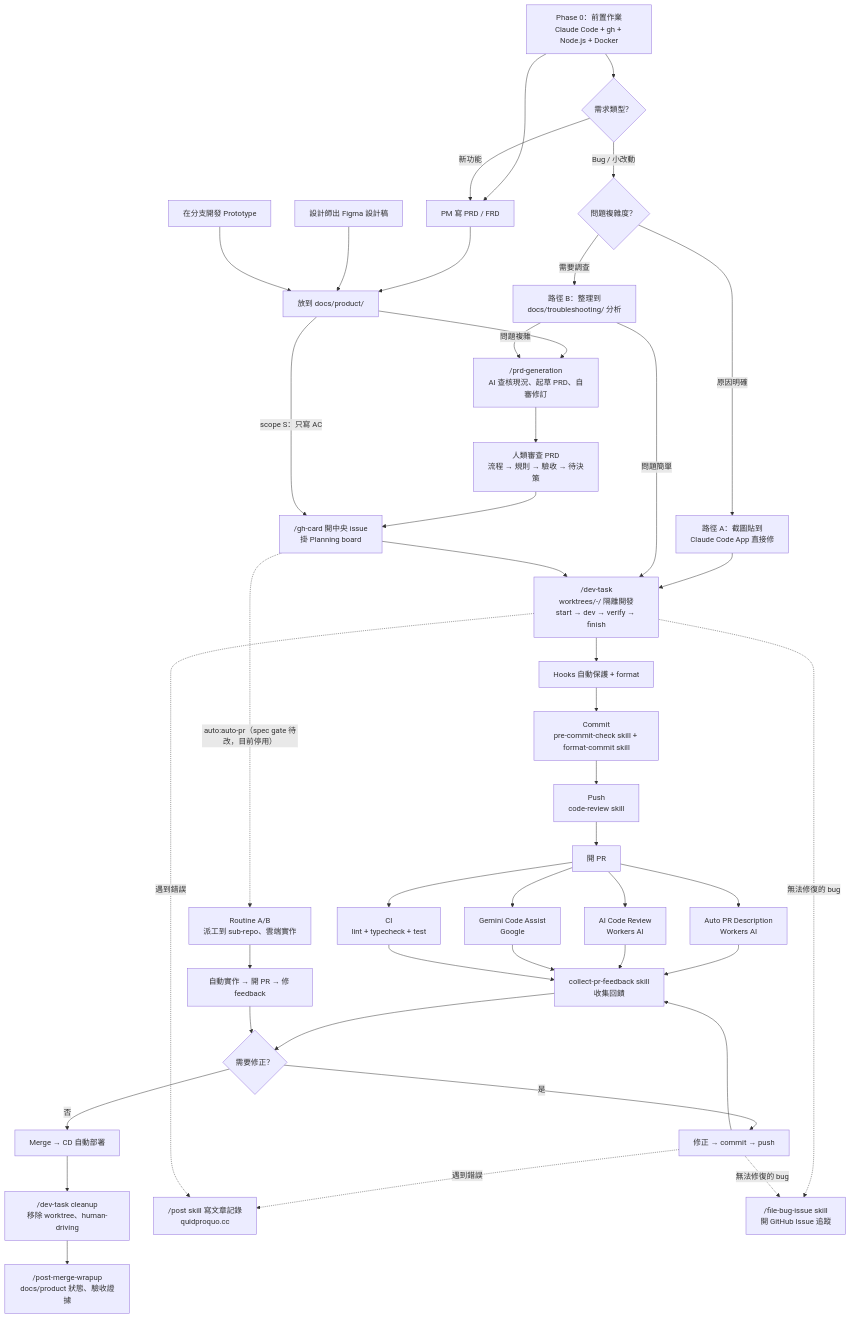
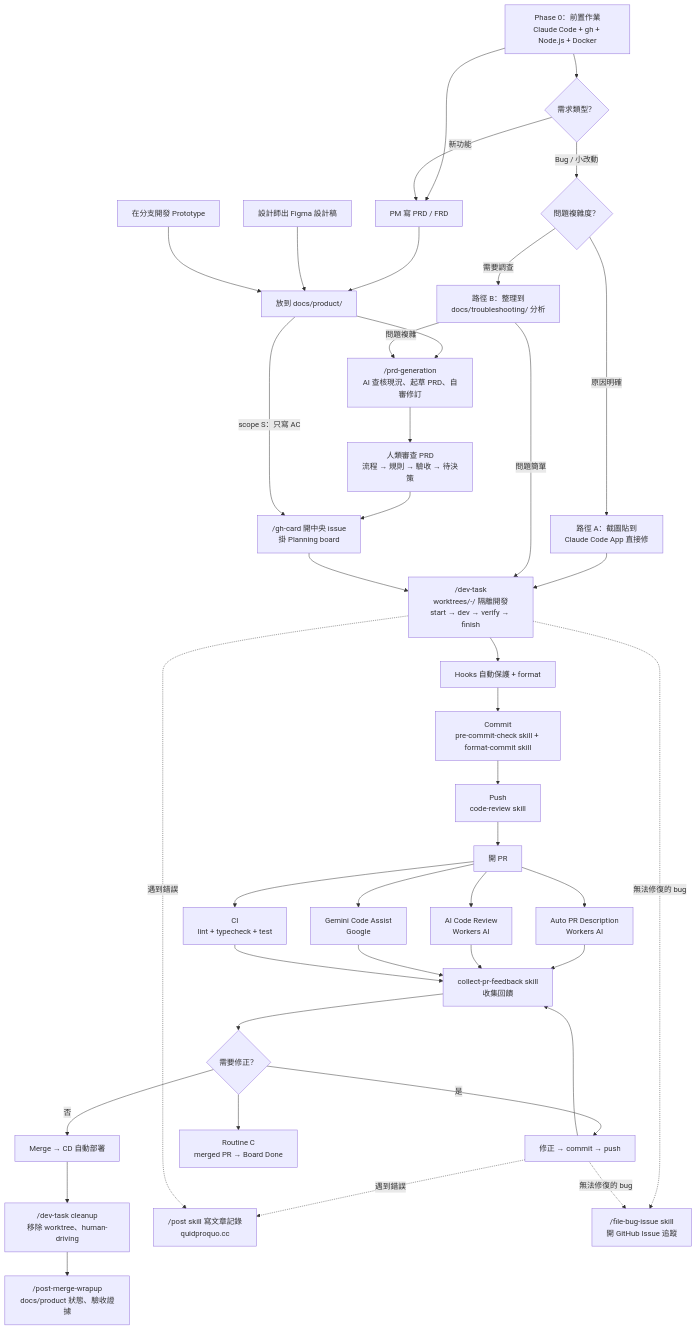
The diagram in docs/workflow.md (daodaoedu/daodao), drawn with Mermaid before and after one commit. The commit also changed other lines of this file and 59 other files, not shown here.

````diff
--- a/docs/workflow.md
+++ b/docs/workflow.md
@@ -21,47 +21,45 @@
 ```mermaid
 flowchart TD
     A0["Phase 0：前置作業<br/>Claude Code + gh + Node.js + Docker"] --> A1
     A0 --> BUG{"需求類型？"}
 
     BUG -- "新功能" --> A1
     A1[PM 寫 PRD / FRD] --> A4[放到 docs/product/]
     A2[設計師出 Figma 設計稿] --> A4
     A3[在分支開發 Prototype] --> A4
     A4 --> B["/prd-generation<br/>AI 查核現況、起草 PRD、自審修訂"]
 
     BUG -- "Bug / 小改動" --> BUGPATH{"問題複雜度？"}
     BUGPATH -- "原因明確" --> BUGA["路徑 A：截圖貼到<br/>Claude Code App 直接修"]
     BUGA --> F
     BUGPATH -- "需要調查" --> BUGB["路徑 B：整理到<br/>docs/troubleshooting/ 分析"]
     BUGB -- "問題簡單" --> F
     BUGB -- "問題複雜" --> B
     B --> E["人類審查 PRD<br/>流程 → 規則 → 驗收 → 待決策"]
     E --> E2["/gh-card 開中央 issue<br/>掛 Planning board"]
     A4 -- "scope S：只寫 AC" --> E2
     E2 --> F["/dev-task<br/>worktrees/<n>-<slug>/ 隔離開發<br/>start → dev → verify → finish"]
     F --> G["Hooks 自動保護 + format"]
     G --> H["Commit<br/>pre-commit-check skill + format-commit skill"]
     H --> I["Push<br/>code-review skill"]
     I --> J[開 PR]
 
     J --> K["Auto PR Description<br/>Workers AI"]
     J --> L["AI Code Review<br/>Workers AI"]
     J --> M["Gemini Code Assist<br/>Google"]
     J --> N["CI<br/>lint + typecheck + test"]
 
     K & L & M & N --> O["collect-pr-feedback skill<br/>收集回饋"]
     O --> P{需要修正？}
     P -- 是 --> Q[修正 → commit → push] --> O
     P -- 否 --> R[Merge → CD 自動部署]
     R --> S["/dev-task cleanup<br/>移除 worktree、human-driving"]
     S --> T["/post-merge-wrapup<br/>docs/product 狀態、驗收證據"]
 
     Q -. 遇到錯誤 .-> U["/post skill 寫文章記錄<br/>quidproquo.cc"]
     F -. 遇到錯誤 .-> U
     F -. 無法修復的 bug .-> Y["/file-bug-issue skill<br/>開 GitHub Issue 追蹤"]
     Q -. 無法修復的 bug .-> Y
 
-    E2 -. "auto:auto-pr（spec gate 待改，目前停用）" .-> W["Routine A/B<br/>派工到 sub-repo、雲端實作"]
-    W --> X["自動實作 → 開 PR → 修 feedback"]
-    X --> P
+    P --> Z["Routine C<br/>merged PR → Board Done"]
 ```
````
